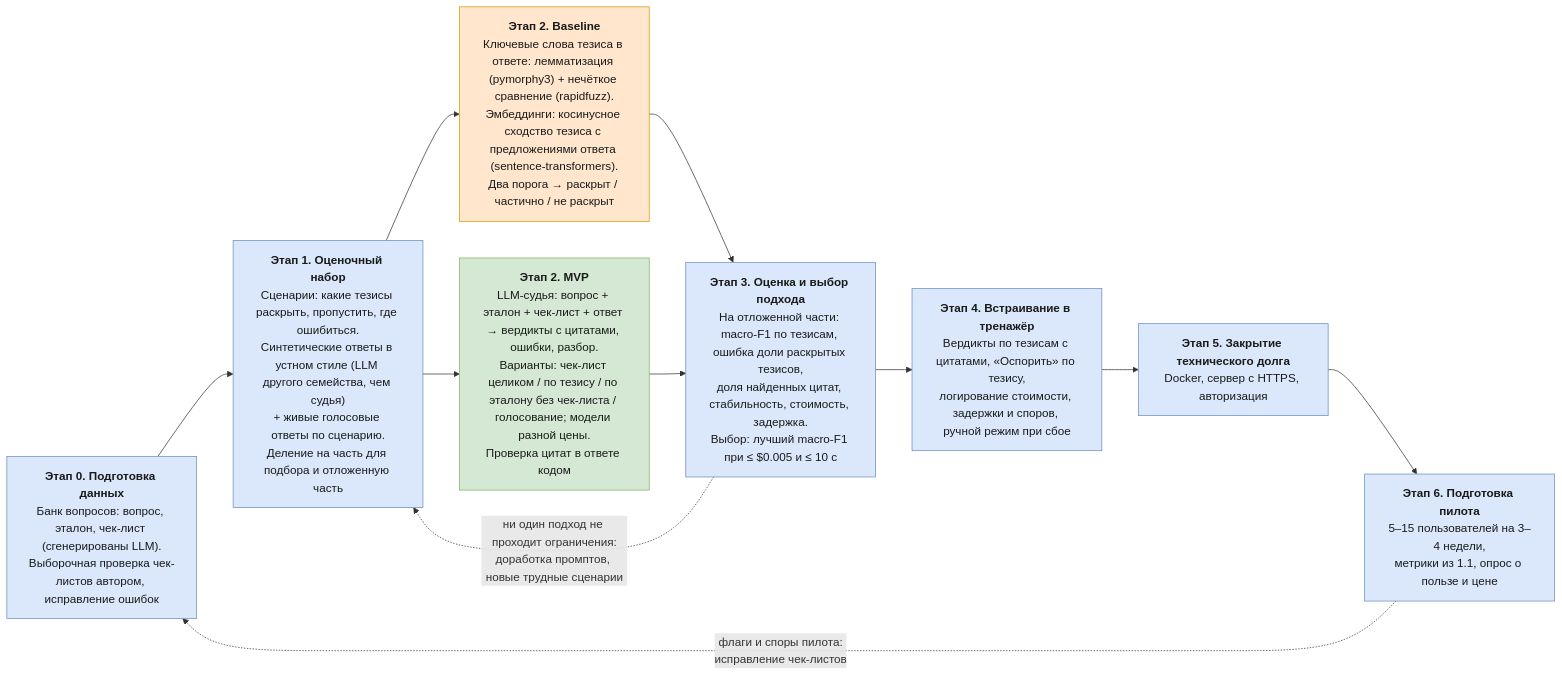
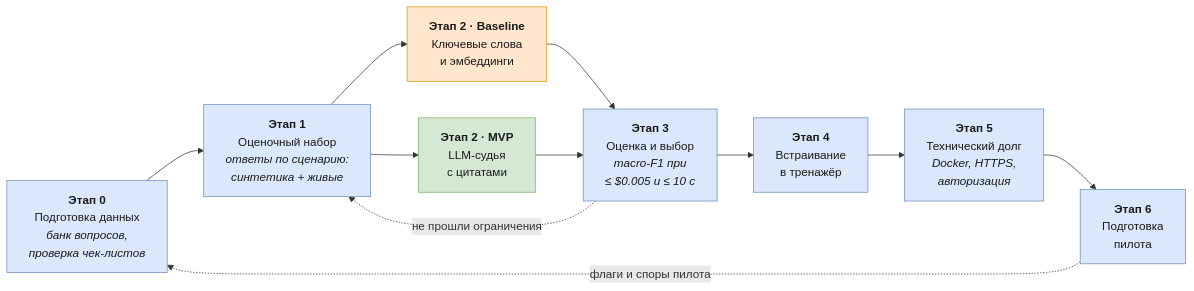
One commit to egorsorvin/ml-interview-trainer changed the diagram in docs/ml_system_design_doc.md. Above: the diagram before and after it, drawn with Mermaid. The commit also changed other lines of this file, not shown here.

Commit message:
Design doc: compact solution diagram, stage details moved to a table

````diff
--- a/docs/ml_system_design_doc.md
+++ b/docs/ml_system_design_doc.md
@@ -247,28 +247,28 @@
 ```mermaid
 flowchart LR
-    S0["<b>Этап 0. Подготовка данных</b><br/>Банк вопросов: вопрос, эталон, чек-лист (сгенерированы LLM).<br/>Выборочная проверка чек-листов автором, исправление ошибок"]
-    S1["<b>Этап 1. Оценочный набор</b><br/>Сценарии: какие тезисы раскрыть, пропустить, где ошибиться.<br/>Синтетические ответы в устном стиле (LLM другого семейства, чем судья)<br/>+ живые голосовые ответы по сценарию.<br/>Деление на часть для подбора и отложенную часть"]
-    B2["<b>Этап 2. Baseline</b><br/>Ключевые слова тезиса в ответе: лемматизация (pymorphy3) + нечёткое сравнение (rapidfuzz).<br/>Эмбеддинги: косинусное сходство тезиса с предложениями ответа (sentence-transformers).<br/>Два порога → раскрыт / частично / не раскрыт"]
-    M2["<b>Этап 2. MVP</b><br/>LLM-судья: вопрос + эталон + чек-лист + ответ → вердикты с цитатами, ошибки, разбор.<br/>Варианты: чек-лист целиком / по тезису / по эталону без чек-листа / голосование; модели разной цены.<br/>Проверка цитат в ответе кодом"]
-    S3["<b>Этап 3. Оценка и выбор подхода</b><br/>На отложенной части: macro-F1 по тезисам, ошибка доли раскрытых тезисов,<br/>доля найденных цитат, стабильность, стоимость, задержка.<br/>Выбор: лучший macro-F1 при ≤ $0.005 и ≤ 10 с"]
-    S4["<b>Этап 4. Встраивание в тренажёр</b><br/>Вердикты по тезисам с цитатами, «Оспорить» по тезису,<br/>логирование стоимости, задержки и споров, ручной режим при сбое"]
-    S5["<b>Этап 5. Закрытие технического долга</b><br/>Docker, сервер с HTTPS, авторизация"]
-    S6["<b>Этап 6. Подготовка пилота</b><br/>5–15 пользователей на 3–4 недели,<br/>метрики из 1.1, опрос о пользе и цене"]
+    S0["<b>Этап 0</b><br/>Подготовка данных<br/><i>банк вопросов,<br/>проверка чек-листов</i>"]
+    S1["<b>Этап 1</b><br/>Оценочный набор<br/><i>ответы по сценарию:<br/>синтетика + живые</i>"]
+    B2["<b>Этап 2 · Baseline</b><br/>Ключевые слова<br/>и эмбеддинги"]
+    M2["<b>Этап 2 · MVP</b><br/>LLM-судья<br/>с цитатами"]
+    S3["<b>Этап 3</b><br/>Оценка и выбор<br/><i>macro-F1 при<br/>≤ $0.005 и ≤ 10 с</i>"]
+    S4["<b>Этап 4</b><br/>Встраивание<br/>в тренажёр"]
+    S5["<b>Этап 5</b><br/>Технический долг<br/><i>Docker, HTTPS,<br/>авторизация</i>"]
+    S6["<b>Этап 6</b><br/>Подготовка<br/>пилота"]
 
     S0 --> S1
     S1 --> B2
     S1 --> M2
     B2 --> S3
     M2 --> S3
     S3 --> S4 --> S5 --> S6
 
-    S3 -.->|"ни один подход не проходит ограничения:<br/>доработка промптов, новые трудные сценарии"| S1
-    S6 -.->|"флаги и споры пилота:<br/>исправление чек-листов"| S0
+    S3 -.->|"не прошли ограничения"| S1
+    S6 -.->|"флаги и споры пилота"| S0
 
     classDef common fill:#dbe8fb,stroke:#6c8ebf,color:#1a1a1a
     classDef base fill:#ffe6cc,stroke:#d79b00,color:#1a1a1a
     classDef mvp fill:#d5e8d4,stroke:#82b366,color:#1a1a1a
     class S0,S1,S3,S4,S5,S6 common
     class B2 base
     class M2 mvp
 ```
````
